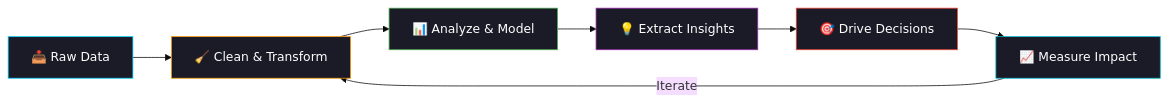
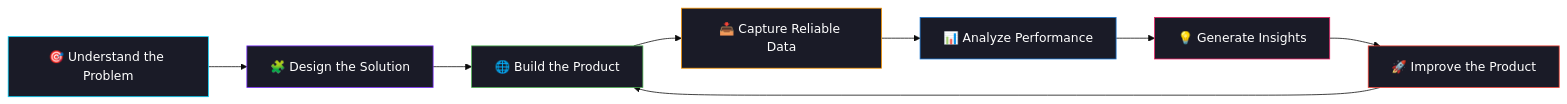
Before and after one commit to belalwws/belalwws: the diagram in README.md, drawn with Mermaid (base theme). The commit also changed other lines of this file, not shown here.

````diff
--- a/README.md
+++ b/README.md
@@ -199,16 +232,18 @@
 ```mermaid
 graph LR
-    A["📥 Raw Data"] --> B["🧹 Clean & Transform"]
-    B --> C["📊 Analyze & Model"]
-    C --> D["💡 Extract Insights"]
-    D --> E["🎯 Drive Decisions"]
-    E --> F["📈 Measure Impact"]
-    F --> |Iterate| B
+    A["🎯 Understand the Problem"] --> B["🧩 Design the Solution"]
+    B --> C["🌐 Build the Product"]
+    C --> D["📥 Capture Reliable Data"]
+    D --> E["📊 Analyze Performance"]
+    E --> F["💡 Generate Insights"]
+    F --> G["🚀 Improve the Product"]
+    G --> C
 
     style A fill:#1a1b27,stroke:#00D4FF,color:#fff
-    style B fill:#1a1b27,stroke:#FF9800,color:#fff
+    style B fill:#1a1b27,stroke:#7B2FFF,color:#fff
     style C fill:#1a1b27,stroke:#4CAF50,color:#fff
-    style D fill:#1a1b27,stroke:#9C27B0,color:#fff
-    style E fill:#1a1b27,stroke:#F44336,color:#fff
-    style F fill:#1a1b27,stroke:#00BCD4,color:#fff
+    style D fill:#1a1b27,stroke:#FF9800,color:#fff
+    style E fill:#1a1b27,stroke:#1976D2,color:#fff
+    style F fill:#1a1b27,stroke:#E91E63,color:#fff
+    style G fill:#1a1b27,stroke:#F44336,color:#fff
 ```
````
